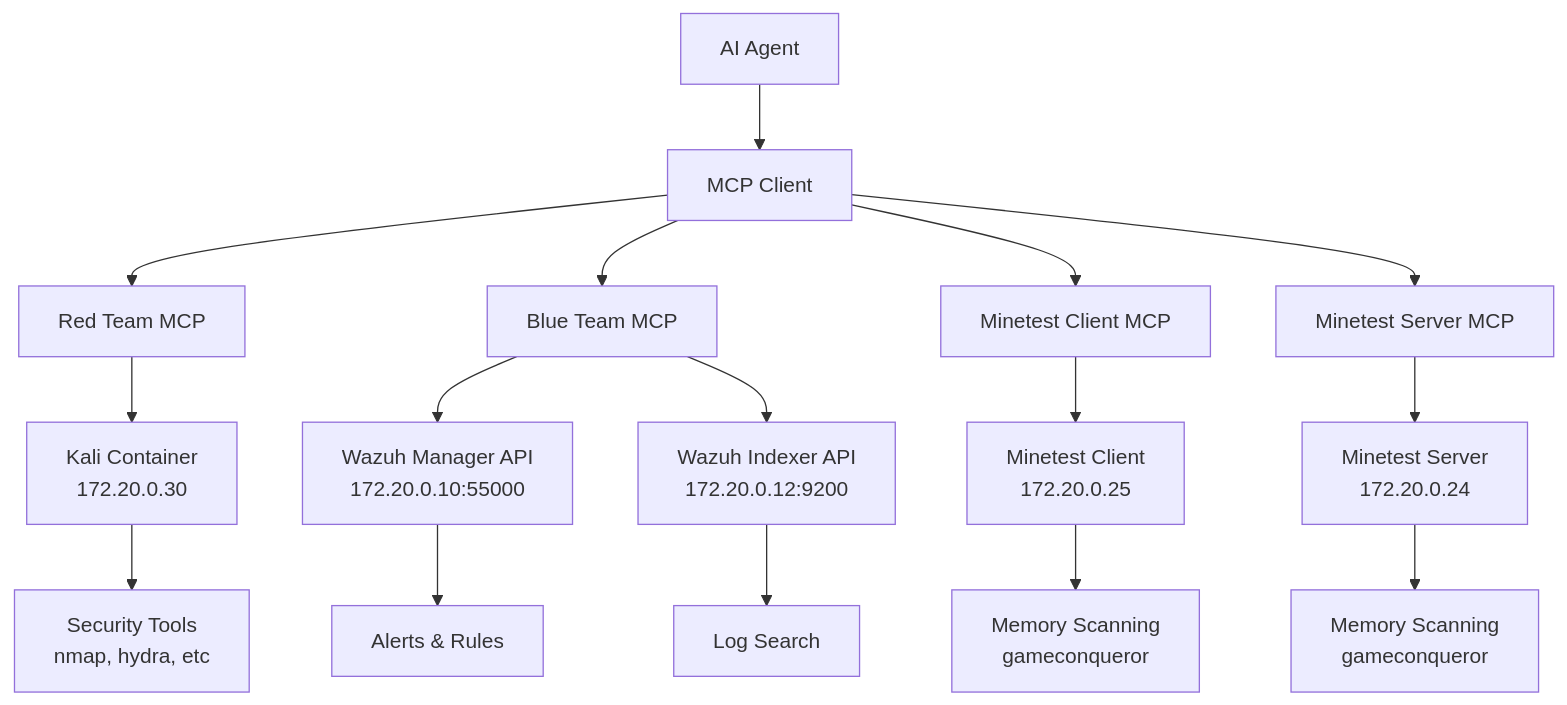
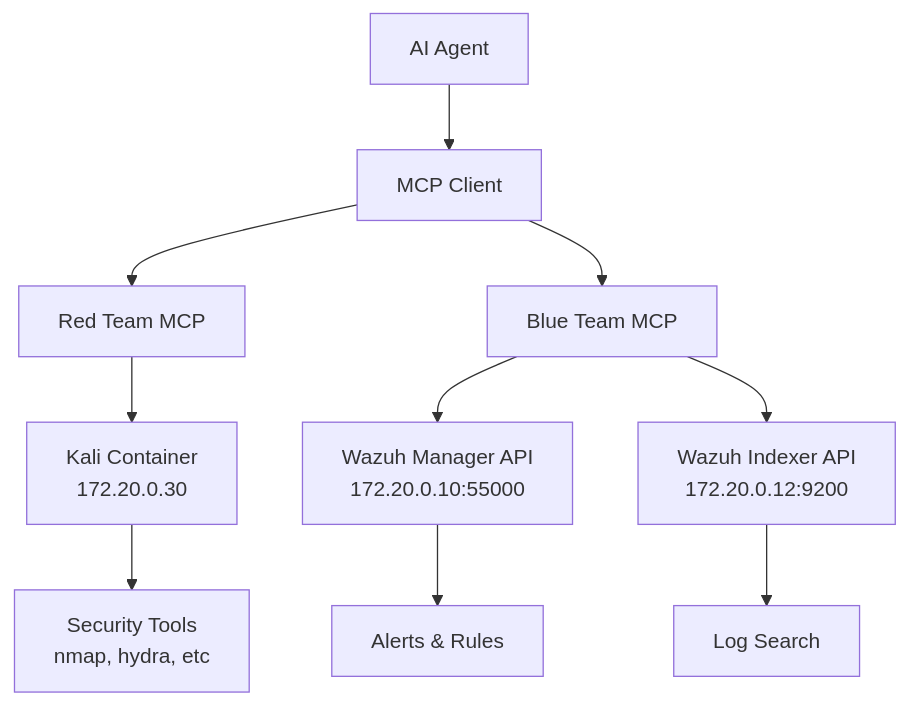
One commit to Brad-Edwards/aptl changed the diagram in docs/components/mcp-integration.md. Above: the diagram before and after it, drawn with Mermaid. The commit also changed other lines of this file and 222 other files, not shown here.

````diff
--- a/docs/components/mcp-integration.md
+++ b/docs/components/mcp-integration.md
@@ -7,20 +7,14 @@
 ```mermaid
 flowchart TD
     A[AI Agent] --> B[MCP Client]
     B --> C[Red Team MCP]
     B --> D[Blue Team MCP]
-    B --> E[Minetest Client MCP]
-    B --> F[Minetest Server MCP]
-    
+
     C --> G[Kali Container<br/>172.20.0.30]
     D --> H[Wazuh Manager API<br/>172.20.0.10:55000]
     D --> I[Wazuh Indexer API<br/>172.20.0.12:9200]
-    E --> J[Minetest Client<br/>172.20.0.25]
-    F --> K[Minetest Server<br/>172.20.0.24]
-    
+
     G --> L[Security Tools<br/>nmap, hydra, etc]
     H --> M[Alerts & Rules]
     I --> N[Log Search]
-    J --> O[Memory Scanning<br/>gameconqueror]
-    K --> P[Memory Scanning<br/>gameconqueror]
 ```
````
